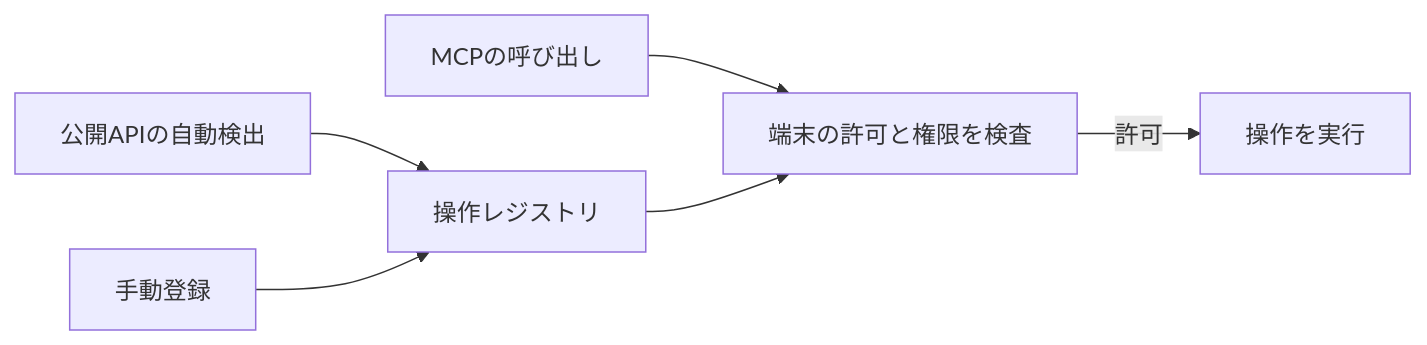
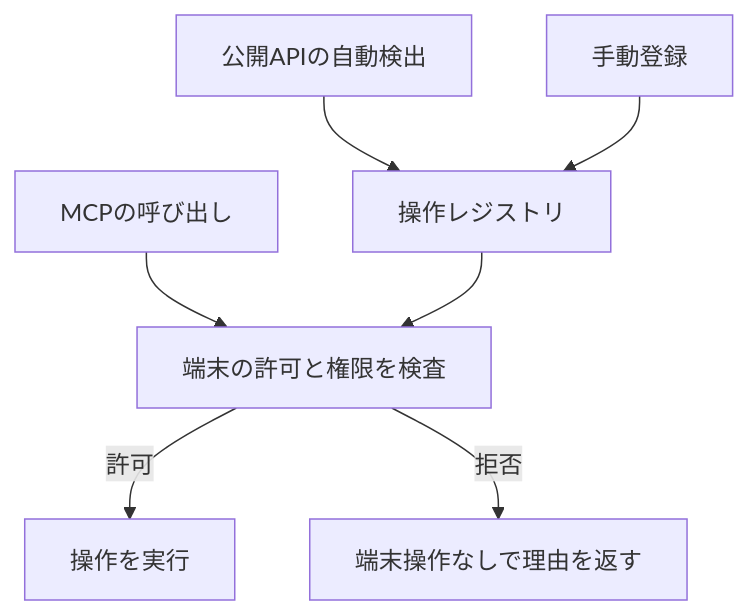
The diagram in src/content/posts/Knowledge/android-remote-mcp-tool-registry.md (kurosiko/trail), drawn with Mermaid before and after one commit. The commit also changed other lines of this file and 67 other files, not shown here.

````diff
--- a/src/content/posts/Knowledge/android-remote-mcp-tool-registry.md
+++ b/src/content/posts/Knowledge/android-remote-mcp-tool-registry.md
@@ -19,8 +17,10 @@
 ```mermaid
-flowchart LR
+flowchart TD
+  accTitle: Androidの操作候補の登録と実行時検査
   A[公開APIの自動検出] --> R[操作レジストリ]
   M[手動登録] --> R
   C[MCPの呼び出し] --> P[端末の許可と権限を検査]
   R --> P
   P -->|許可| E[操作を実行]
+  P -->|拒否| X[端末操作なしで理由を返す]
 ```
````
